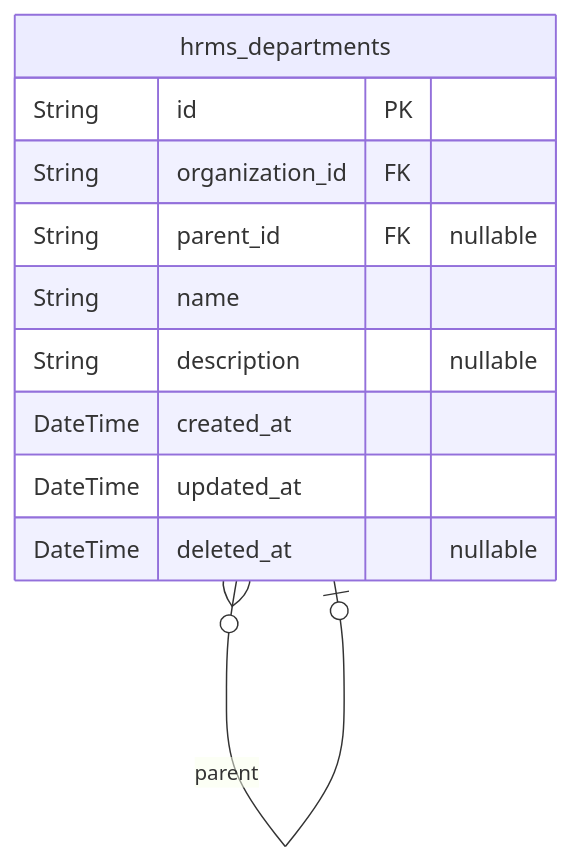
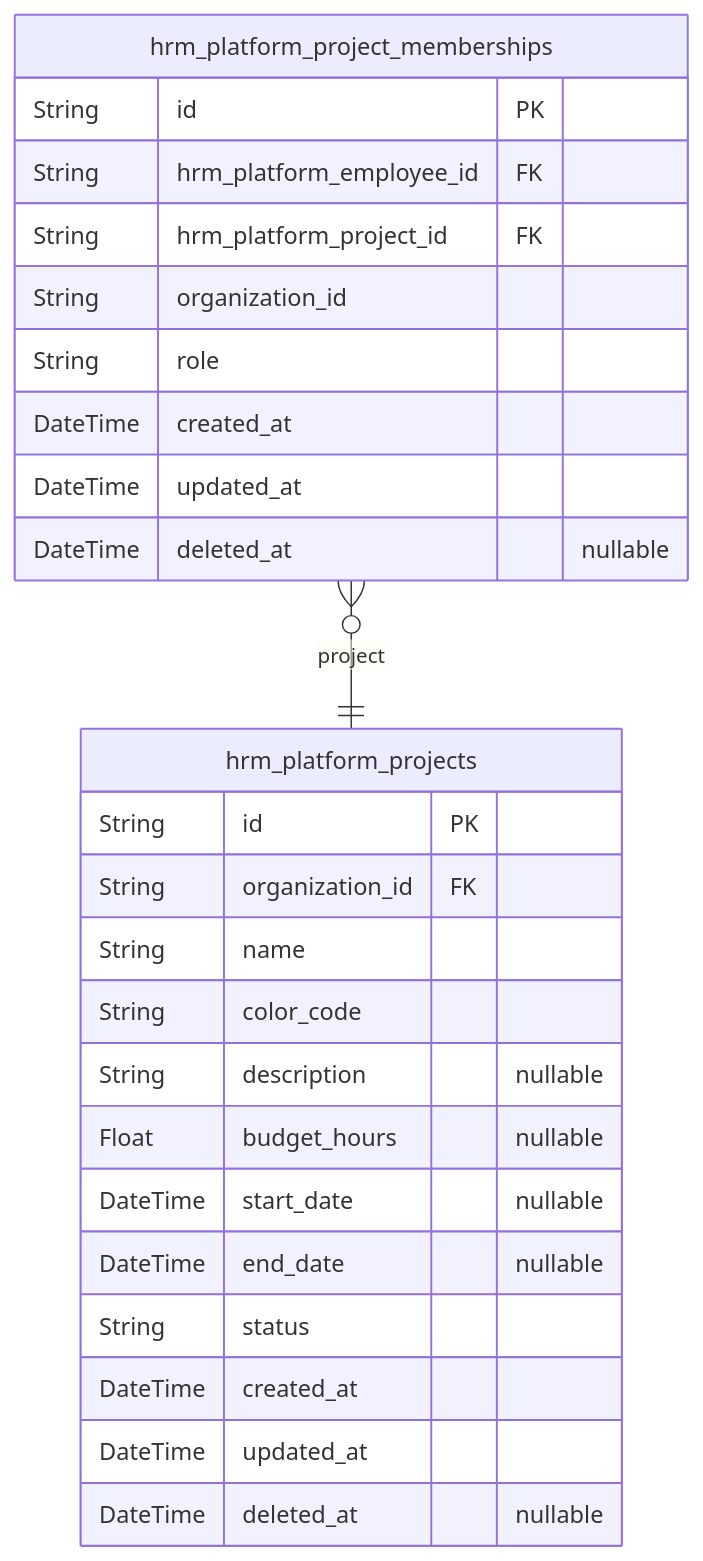
The fourth of 8 diagrams in qwen/qwen3.5-35b-a3b/erp/docs/ERD.md (wrtnlabs/autobe-examples), drawn with Mermaid before and after one commit. The commit also changed other lines of this file and 32093 other files, not shown here.

````diff
--- a/qwen/qwen3.5-35b-a3b/erp/docs/ERD.md
+++ b/qwen/qwen3.5-35b-a3b/erp/docs/ERD.md
@@ -719,14 +1380,28 @@
 ```mermaid
 erDiagram
-"hrms_departments" {
+"hrm_platform_projects" {
   String id PK
   String organization_id FK
-  String parent_id FK "nullable"
   String name
+  String color_code
   String description "nullable"
+  Float budget_hours "nullable"
+  DateTime start_date "nullable"
+  DateTime end_date "nullable"
+  String status
   DateTime created_at
   DateTime updated_at
   DateTime deleted_at "nullable"
 }
-"hrms_departments" }o--o| "hrms_departments" : parent
+"hrm_platform_project_memberships" {
+  String id PK
+  String hrm_platform_employee_id FK
+  String hrm_platform_project_id FK
+  String organization_id
+  String role
+  DateTime created_at
+  DateTime updated_at
+  DateTime deleted_at "nullable"
+}
+"hrm_platform_project_memberships" }o--|| "hrm_platform_projects" : project
 ```
````
